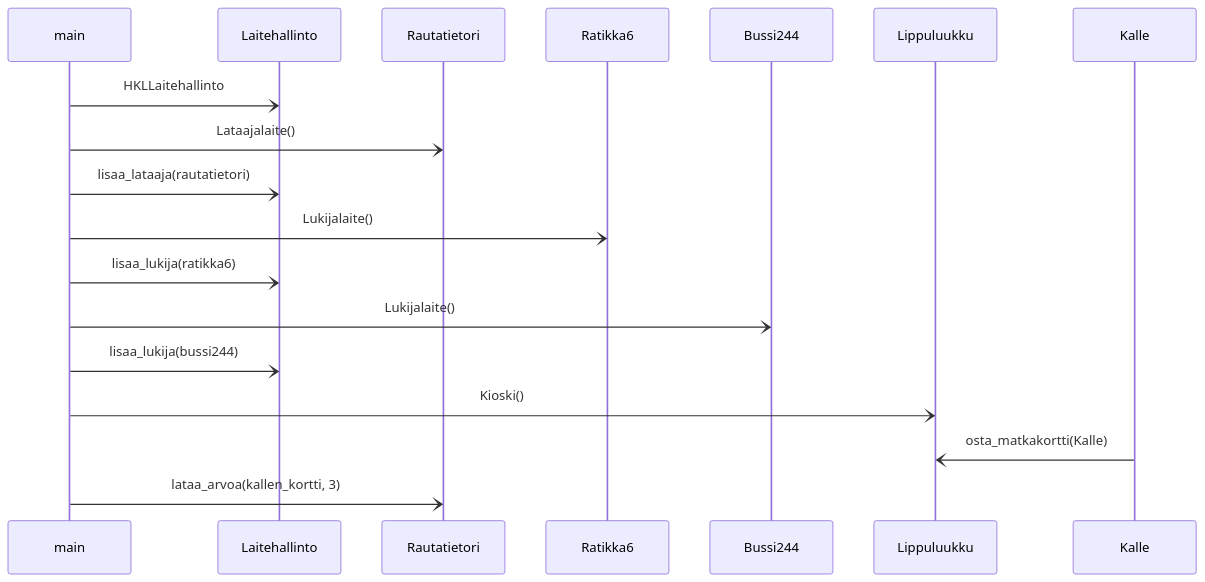
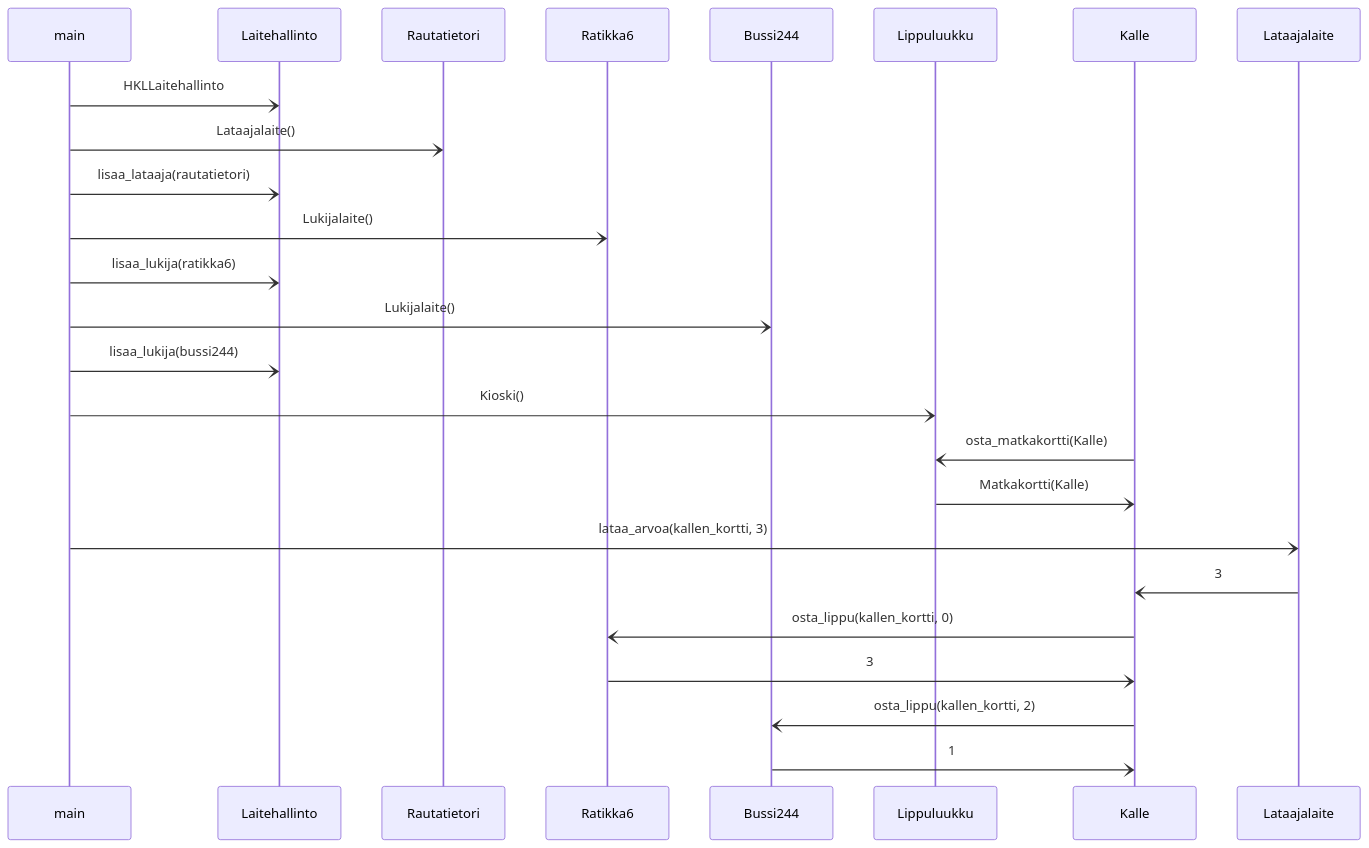
The diagram in laskarit/viikko3/hsl_kortti.md (ellenra/jumping_game), drawn with Mermaid before and after one commit.

````diff
--- a/laskarit/viikko3/hsl_kortti.md
+++ b/laskarit/viikko3/hsl_kortti.md
@@ -1,14 +1,20 @@
 ```mermaid
 sequenceDiagram
   main-)Laitehallinto: HKLLaitehallinto
   main-)Rautatietori: Lataajalaite()
   main-)Laitehallinto: lisaa_lataaja(rautatietori)
   main-)Ratikka6: Lukijalaite()
   main-)Laitehallinto: lisaa_lukija(ratikka6)
   main-)Bussi244: Lukijalaite()
   main-)Laitehallinto: lisaa_lukija(bussi244)
   main-)Lippuluukku: Kioski()
   Kalle-)Lippuluukku: osta_matkakortti(Kalle)
-  main-)Rautatietori: lataa_arvoa(kallen_kortti, 3)
+  Lippuluukku-)Kalle: Matkakortti(Kalle)
+  main-)Lataajalaite: lataa_arvoa(kallen_kortti, 3)
+  Lataajalaite-)Kalle: 3
+  Kalle-)Ratikka6: osta_lippu(kallen_kortti, 0)
+  Ratikka6-)Kalle: 3
+  Kalle-)Bussi244: osta_lippu(kallen_kortti, 2)
+  Bussi244-)Kalle: 1
   
 ```
````
